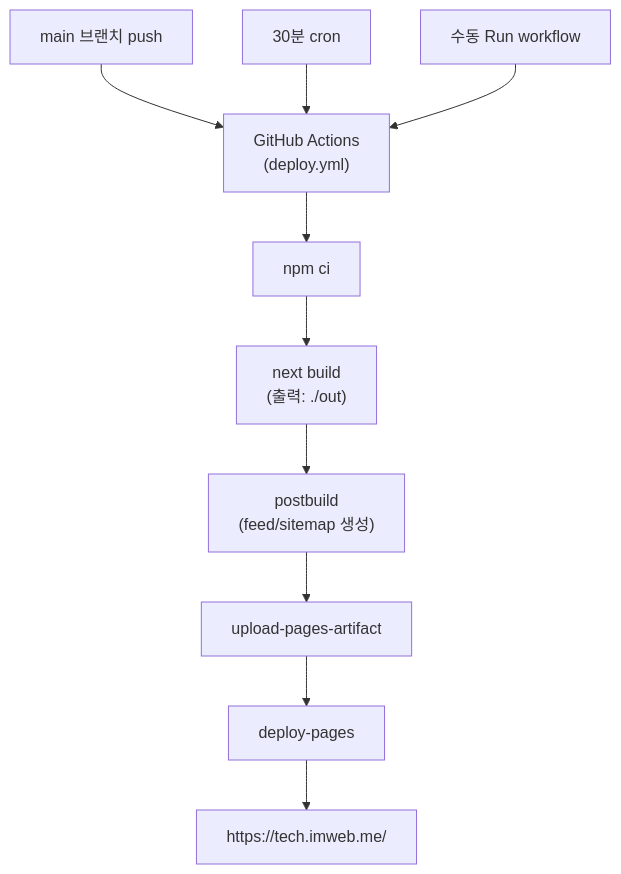
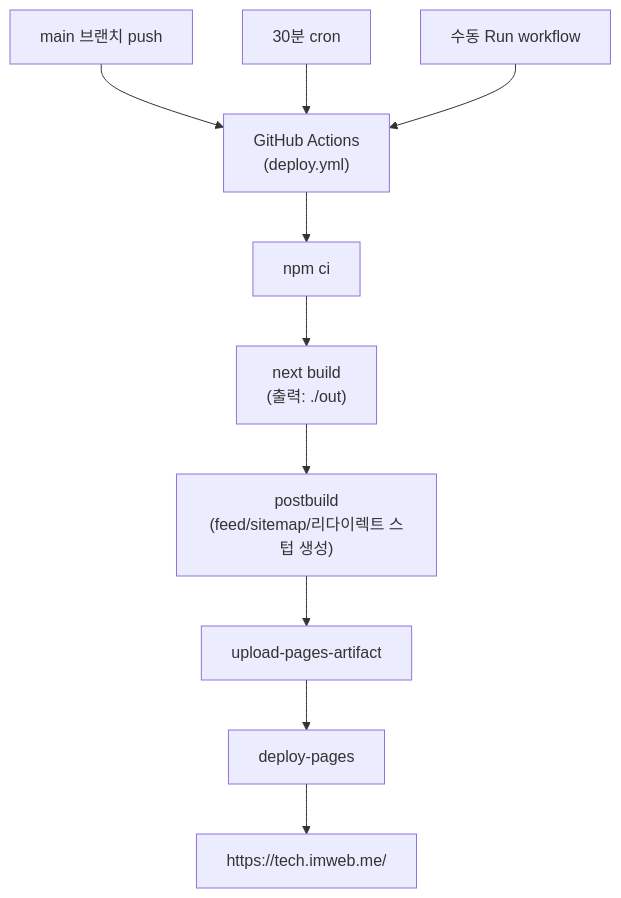
The second of 2 diagrams in STRUCTURE.md (imwebme/imweb_techblog), drawn with Mermaid before and after one commit. The commit also changed other lines of this file and 5 other files, not shown here.

````diff
--- a/STRUCTURE.md
+++ b/STRUCTURE.md
@@ -235,23 +242,23 @@
 ```mermaid
 flowchart TB
   T1["main 브랜치 push"]
   T2["30분 cron"]
   T3["수동 Run workflow"]
   A["GitHub Actions<br/>(deploy.yml)"]
   I["npm ci"]
   B["next build<br/>(출력: ./out)"]
-  PB["postbuild<br/>(feed/sitemap 생성)"]
+  PB["postbuild<br/>(feed/sitemap/리다이렉트 스텁 생성)"]
   AR["upload-pages-artifact"]
   D["deploy-pages"]
   GH["https://tech.imweb.me/"]
 
   T1 --> A
   T2 --> A
   T3 --> A
   A --> I
   I --> B
   B --> PB
   PB --> AR
   AR --> D
   D --> GH
 ```
````
